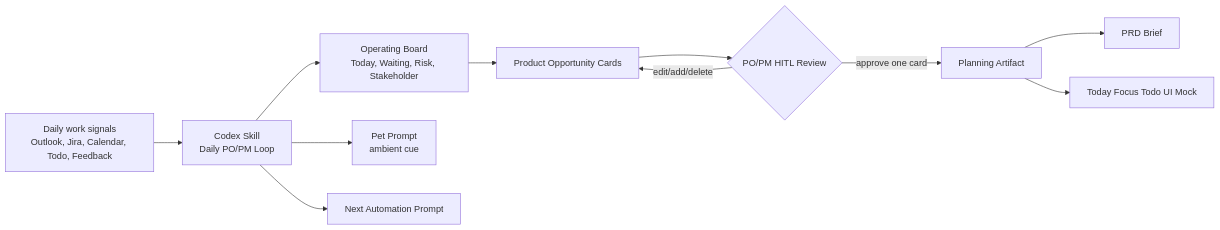
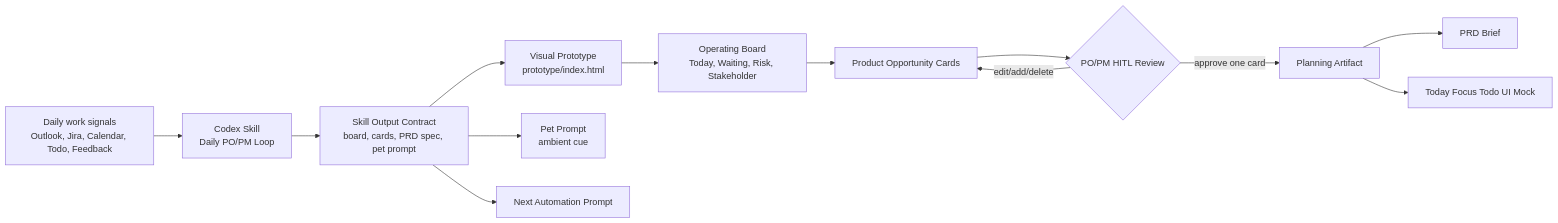
The first of 3 diagrams in README.md (HwangJohn/skillathon-daily-po-pm-loop), drawn with Mermaid before and after one commit. The commit also changed other lines of this file and 1 other file, not shown here.

Commit message:
Clarify skill and prototype relationship

````diff
--- a/README.md
+++ b/README.md
@@ -9,13 +11,15 @@
 ```mermaid
 flowchart LR
   A[Daily work signals<br/>Outlook, Jira, Calendar, Todo, Feedback] --> B[Codex Skill<br/>Daily PO/PM Loop]
-  B --> C[Operating Board<br/>Today, Waiting, Risk, Stakeholder]
-  C --> D[Product Opportunity Cards]
-  D --> E{PO/PM HITL Review}
-  E -->|edit/add/delete| D
-  E -->|approve one card| F[Planning Artifact]
-  F --> G[PRD Brief]
-  F --> H[Today Focus Todo UI Mock]
-  B --> I[Pet Prompt<br/>ambient cue]
-  B --> J[Next Automation Prompt]
+  B --> C[Skill Output Contract<br/>board, cards, PRD spec, pet prompt]
+  C --> D[Visual Prototype<br/>prototype/index.html]
+  D --> E[Operating Board<br/>Today, Waiting, Risk, Stakeholder]
+  E --> F[Product Opportunity Cards]
+  F --> G{PO/PM HITL Review}
+  G -->|edit/add/delete| F
+  G -->|approve one card| H[Planning Artifact]
+  H --> I[PRD Brief]
+  H --> J[Today Focus Todo UI Mock]
+  C --> K[Pet Prompt<br/>ambient cue]
+  C --> L[Next Automation Prompt]
 ```
````
